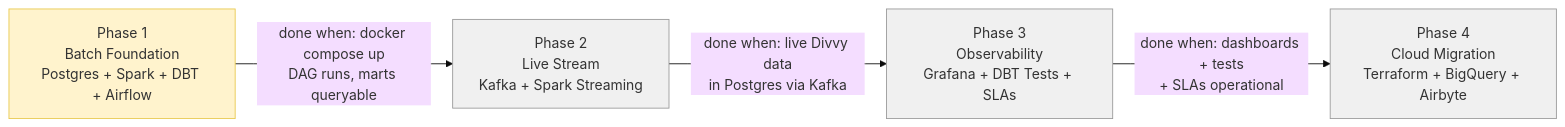
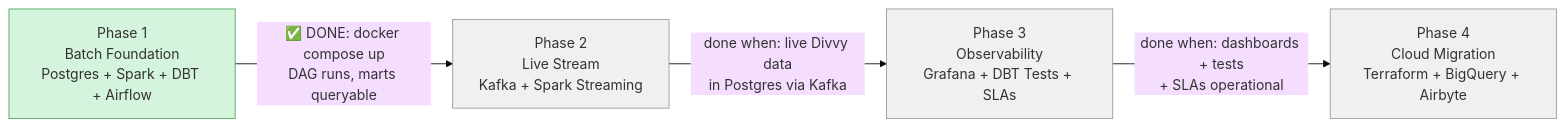
Before and after one commit to SagarMarthandan/chicago-data-pipeline: the third of 3 diagrams in README.md, drawn with Mermaid (base theme). The commit also changed other lines of this file and 17 other files, not shown here.

Commit message:
v12 phase1.5 + 1.6 DBG + Airflow dag runs

````diff
--- a/README.md
+++ b/README.md
@@ -83,16 +83,16 @@
 ```mermaid
 graph LR
     P1["Phase 1<br/>Batch Foundation<br/>Postgres + Spark + DBT + Airflow"]
     P2["Phase 2<br/>Live Stream<br/>Kafka + Spark Streaming"]
     P3["Phase 3<br/>Observability<br/>Grafana + DBT Tests + SLAs"]
     P4["Phase 4<br/>Cloud Migration<br/>Terraform + BigQuery + Airbyte"]
 
-    P1 -->|"done when: docker compose up<br/>DAG runs, marts queryable"| P2
+    P1 -->|"✅ DONE: docker compose up<br/>DAG runs, marts queryable"| P2
     P2 -->|"done when: live Divvy data<br/>in Postgres via Kafka"| P3
     P3 -->|"done when: dashboards + tests<br>+ SLAs operational"| P4
 
-    style P1 fill:#fff3cd,stroke:#e8c84c
+    style P1 fill:#d4f4dd,stroke:#4ca85a
     style P2 fill:#f0f0f0,stroke:#999
     style P3 fill:#f0f0f0,stroke:#999
     style P4 fill:#f0f0f0,stroke:#999
 ```
````
